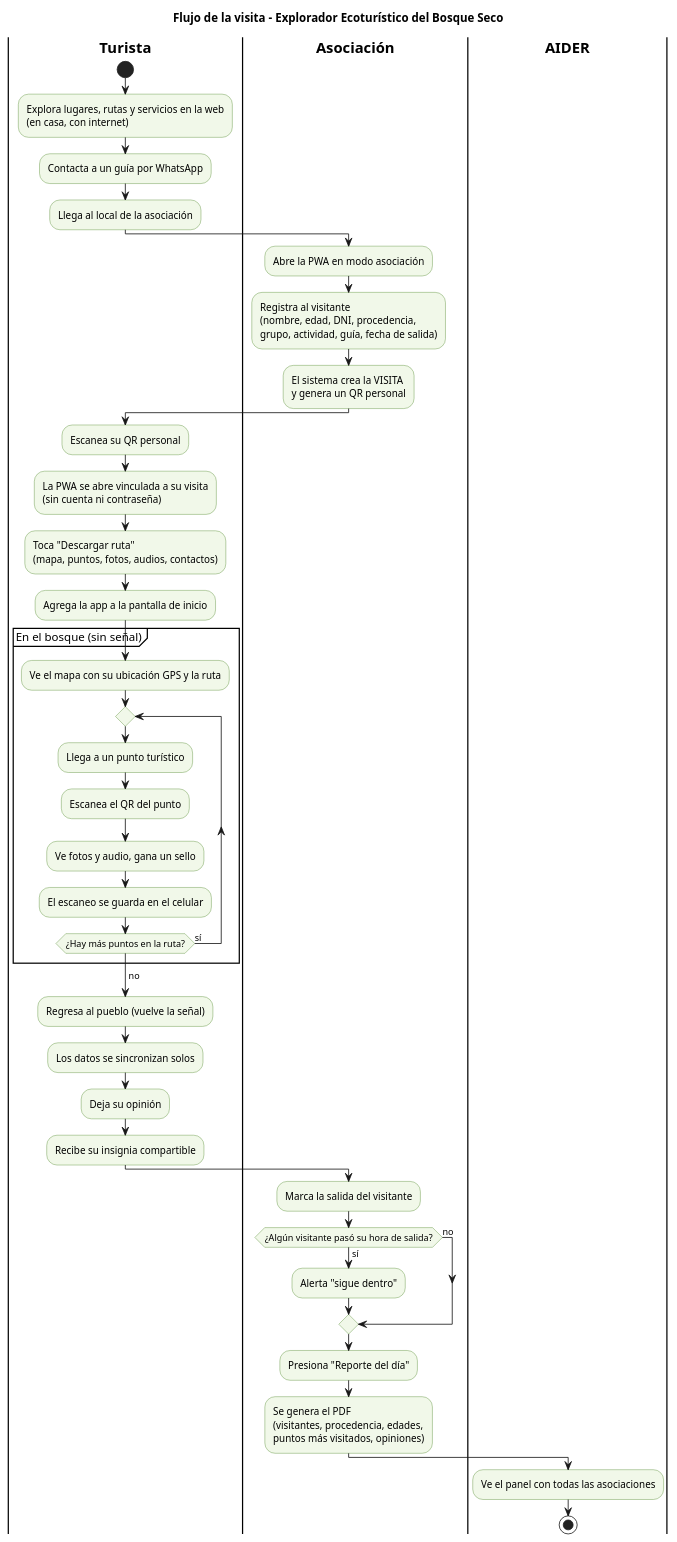
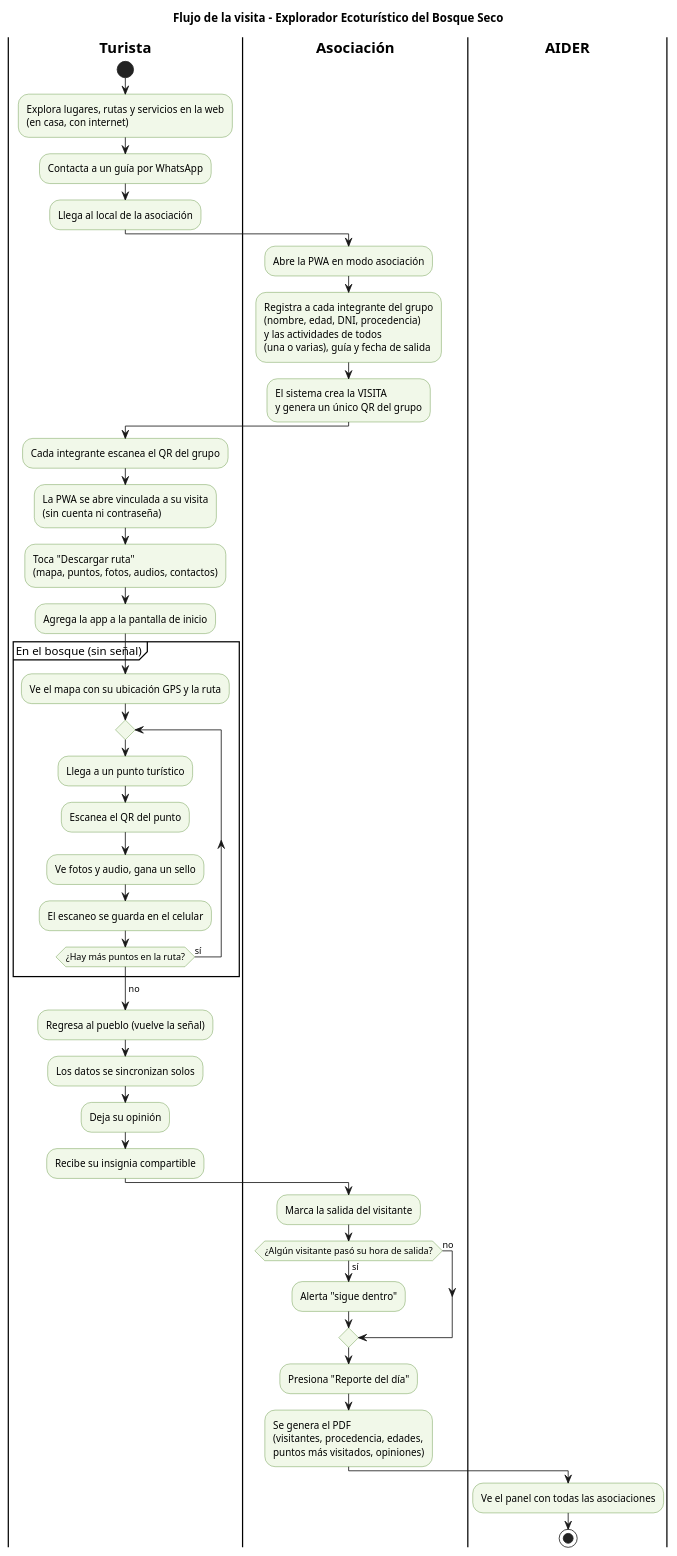
Before and after one commit to micioner2/explorador-bosque-seco: the diagram in docs/diagramas/1-flujo-actividad.puml, drawn with PlantUML. The commit also changed 13 other files, not shown here.

```diff
--- a/docs/diagramas/1-flujo-actividad.puml
+++ b/docs/diagramas/1-flujo-actividad.puml
@@ -1,62 +1,63 @@
 @startuml flujo_visita
 title Flujo de la visita - Explorador Ecoturístico del Bosque Seco
 skinparam shadowing false
 skinparam defaultFontName Arial
 skinparam ActivityBackgroundColor #F1F8E9
 skinparam ActivityBorderColor #558B2F
 skinparam SwimlaneTitleFontStyle bold
 
 |Turista|
 start
 :Explora lugares, rutas y servicios en la web
 (en casa, con internet);
 :Contacta a un guía por WhatsApp;
 :Llega al local de la asociación;
 
 |Asociación|
 :Abre la PWA en modo asociación;
-:Registra al visitante
-(nombre, edad, DNI, procedencia,
-grupo, actividad, guía, fecha de salida);
+:Registra a cada integrante del grupo
+(nombre, edad, DNI, procedencia)
+y las actividades de todos
+(una o varias), guía y fecha de salida;
 :El sistema crea la VISITA
-y genera un QR personal;
+y genera un único QR del grupo;
 
 |Turista|
-:Escanea su QR personal;
+:Cada integrante escanea el QR del grupo;
 :La PWA se abre vinculada a su visita
 (sin cuenta ni contraseña);
 :Toca "Descargar ruta"
 (mapa, puntos, fotos, audios, contactos);
 :Agrega la app a la pantalla de inicio;
 
 partition "En el bosque (sin señal)" {
   :Ve el mapa con su ubicación GPS y la ruta;
   repeat
     :Llega a un punto turístico;
     :Escanea el QR del punto;
     :Ve fotos y audio, gana un sello;
     :El escaneo se guarda en el celular;
   repeat while (¿Hay más puntos en la ruta?) is (sí)
   ->no;
 }
 
 :Regresa al pueblo (vuelve la señal);
 :Los datos se sincronizan solos;
 :Deja su opinión;
 :Recibe su insignia compartible;
 
 |Asociación|
 :Marca la salida del visitante;
 if (¿Algún visitante pasó su hora de salida?) then (sí)
   :Alerta "sigue dentro";
 else (no)
 endif
 :Presiona "Reporte del día";
 :Se genera el PDF
 (visitantes, procedencia, edades,
 puntos más visitados, opiniones);
 
 |AIDER|
 :Ve el panel con todas las asociaciones;
 stop
 @enduml
```
